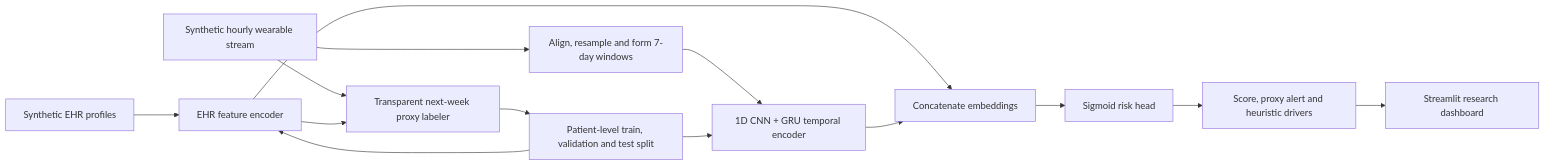
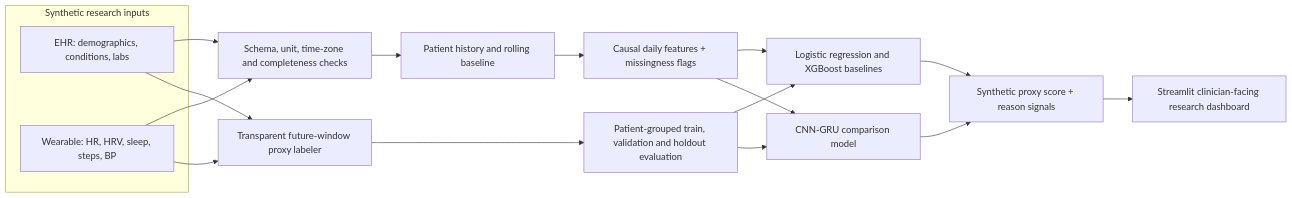
One commit to sheikhshafaenali2025-debug/cardiotwin-india changed the diagram in digital-twin-cv-risk/docs/architecture.mmd. Above: the diagram before and after it, drawn with Mermaid. The commit also changed 10 other files, not shown here.

```diff
--- a/digital-twin-cv-risk/docs/architecture.mmd
+++ b/digital-twin-cv-risk/docs/architecture.mmd
@@ -1,14 +1,19 @@
 flowchart LR
-  EHR["Synthetic EHR profiles"] --> E["EHR feature encoder"]
-  W["Synthetic hourly wearable stream"] --> P["Align, resample and form 7-day windows"]
-  P --> T["1D CNN + GRU temporal encoder"]
-  E --> F["Concatenate embeddings"]
-  T --> F
-  F --> H["Sigmoid risk head"]
-  H --> I["Score, proxy alert and heuristic drivers"]
-  I --> D["Streamlit research dashboard"]
-  W --> L["Transparent next-week proxy labeler"]
-  E --> L
-  L --> TR["Patient-level train, validation and test split"]
-  TR --> E
-  TR --> T
+  subgraph Inputs["Synthetic research inputs"]
+    EHR["EHR: demographics, conditions, labs"]
+    W["Wearable: HR, HRV, sleep, steps, BP"]
+  end
+  EHR --> V["Schema, unit, time-zone and completeness checks"]
+  W --> V
+  V --> S["Patient history and rolling baseline"]
+  S --> F["Causal daily features + missingness flags"]
+  F --> B["Logistic regression and XGBoost baselines"]
+  F --> H["CNN-GRU comparison model"]
+  B --> G["Synthetic proxy score + reason signals"]
+  H --> G
+  G --> D["Streamlit clinician-facing research dashboard"]
+  W --> L["Transparent future-window proxy labeler"]
+  EHR --> L
+  L --> T["Patient-grouped train, validation and holdout evaluation"]
+  T --> B
+  T --> H
```
